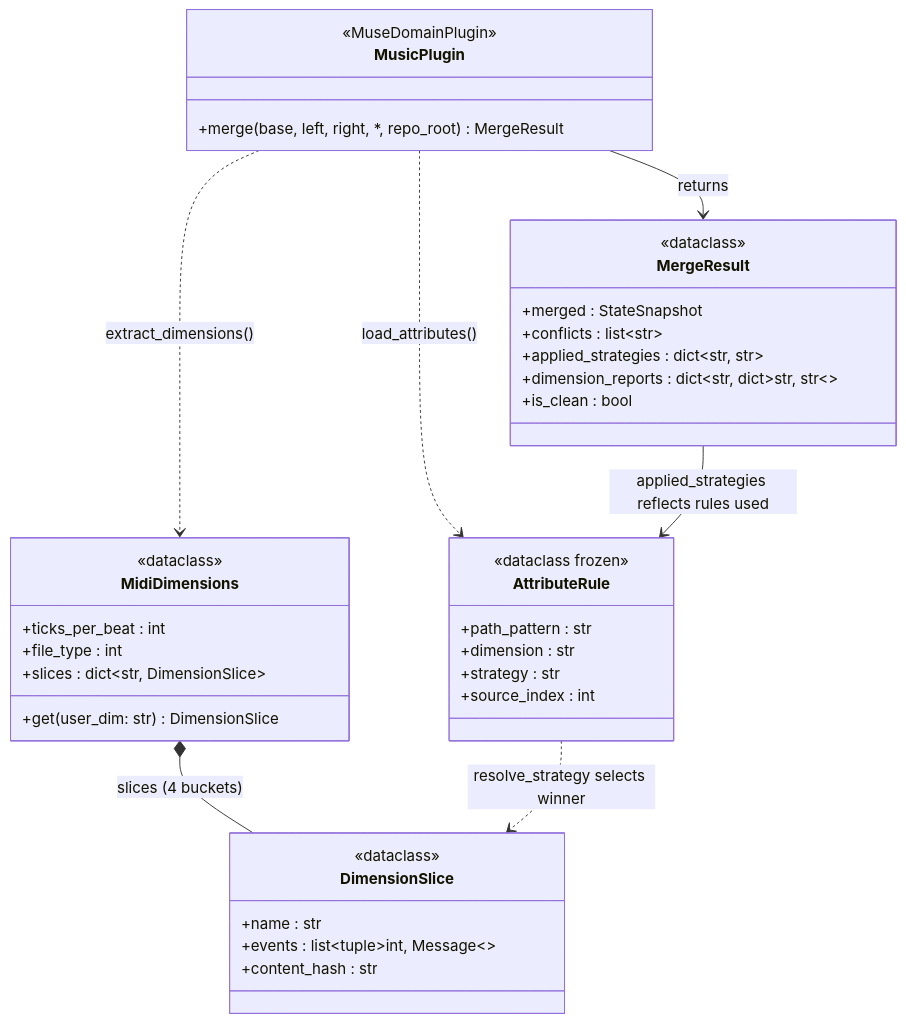
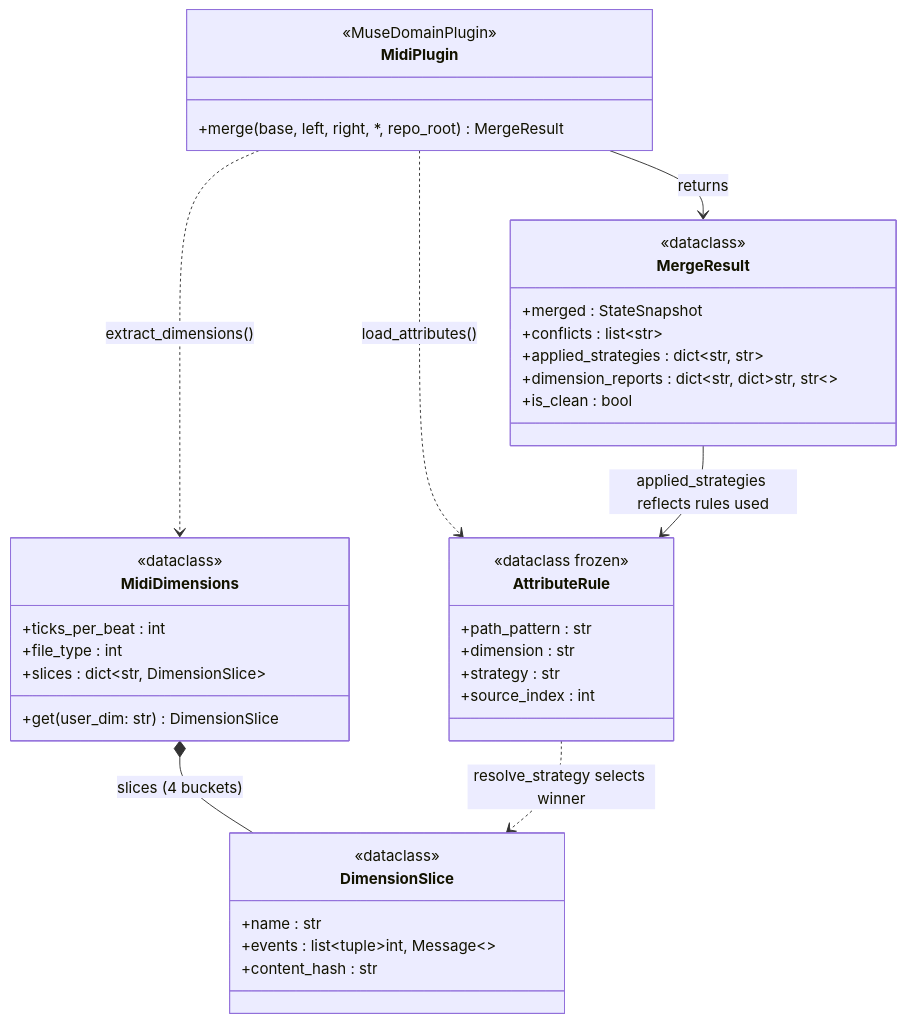
The ninth of 9 diagrams in docs/reference/type-contracts.md (cgcardona/muse), drawn with Mermaid before and after one commit. The commit also changed other lines of this file and 64 other files, not shown here.

````diff
--- a/docs/reference/type-contracts.md
+++ b/docs/reference/type-contracts.md
@@ -1384,42 +1384,42 @@
 ```mermaid
 classDiagram
     class AttributeRule {
         <<dataclass frozen>>
         +path_pattern : str
         +dimension : str
         +strategy : str
         +source_index : int
     }
     class DimensionSlice {
         <<dataclass>>
         +name : str
         +events : list~tuple~int, Message~~
         +content_hash : str
     }
     class MidiDimensions {
         <<dataclass>>
         +ticks_per_beat : int
         +file_type : int
         +slices : dict~str, DimensionSlice~
         +get(user_dim: str) DimensionSlice
     }
     class MergeResult {
         <<dataclass>>
         +merged : StateSnapshot
         +conflicts : list~str~
         +applied_strategies : dict~str, str~
         +dimension_reports : dict~str, dict~str, str~~
         +is_clean : bool
     }
-    class MusicPlugin {
+    class MidiPlugin {
         <<MuseDomainPlugin>>
         +merge(base, left, right, *, repo_root) MergeResult
     }
 
-    MusicPlugin ..> AttributeRule : load_attributes()
-    MusicPlugin ..> MidiDimensions : extract_dimensions()
-    MusicPlugin --> MergeResult : returns
+    MidiPlugin ..> AttributeRule : load_attributes()
+    MidiPlugin ..> MidiDimensions : extract_dimensions()
+    MidiPlugin --> MergeResult : returns
     MergeResult --> AttributeRule : applied_strategies reflects rules used
     MidiDimensions *-- DimensionSlice : slices (4 buckets)
     AttributeRule ..> DimensionSlice : resolve_strategy selects winner
 ```
````
